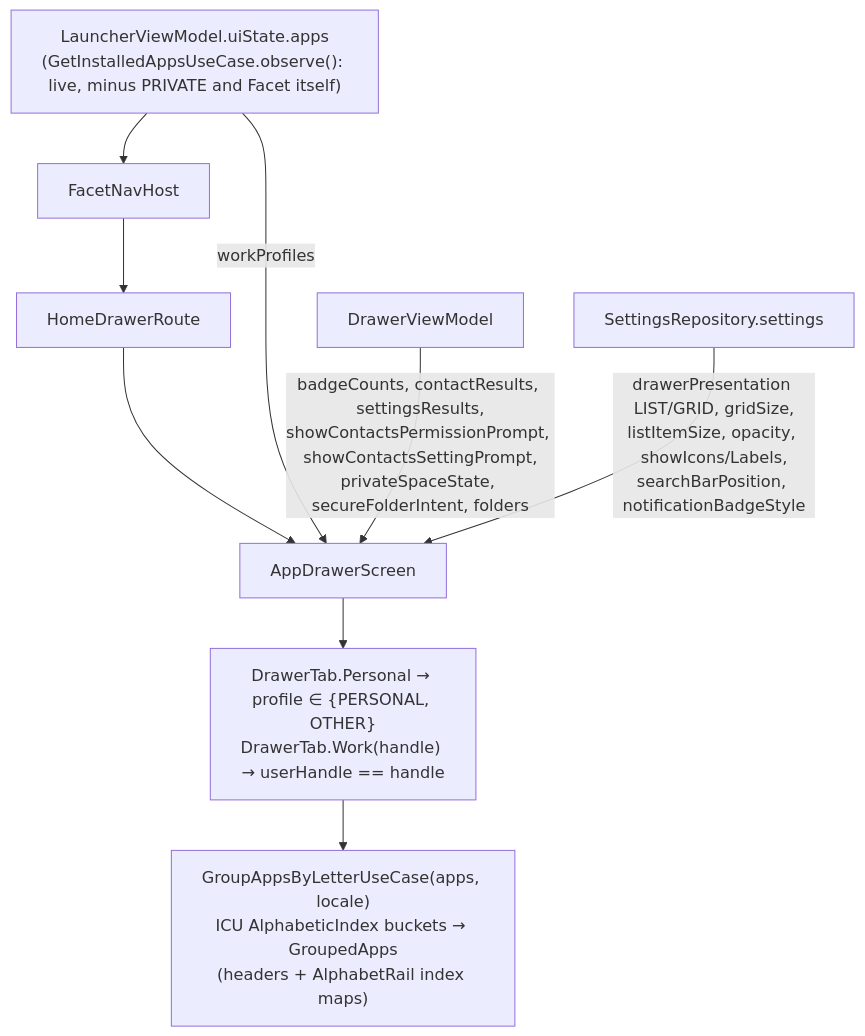
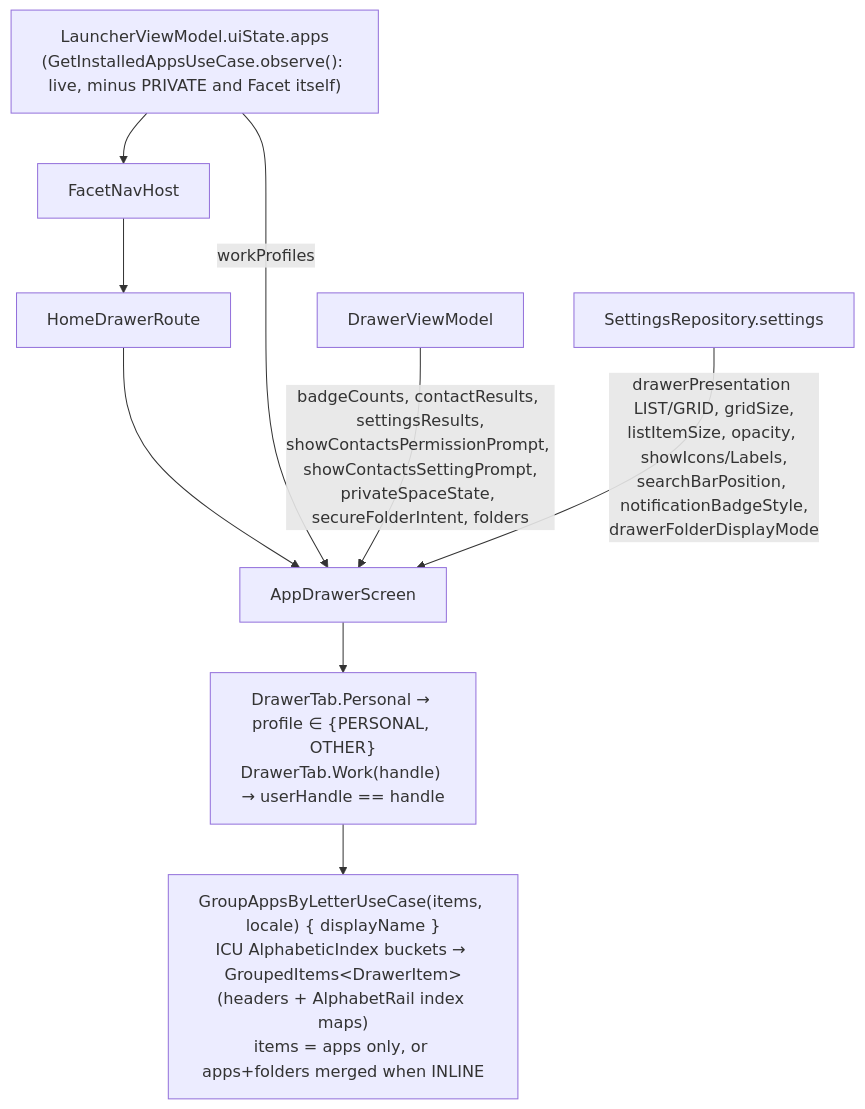
Before and after one commit to rohitganjam/facet-launcher: the first of 2 diagrams in docs/architecture/12-flow-drawer-search-and-app-actions.md, drawn with Mermaid. The commit also changed other lines of this file and 28 other files, not shown here.

````diff
--- a/docs/architecture/12-flow-drawer-search-and-app-actions.md
+++ b/docs/architecture/12-flow-drawer-search-and-app-actions.md
@@ -9,9 +9,9 @@
 ```mermaid
 flowchart TB
     LVM["LauncherViewModel.uiState.apps\n(GetInstalledAppsUseCase.observe(): live, minus PRIVATE and Facet itself)"] --> NAV[FacetNavHost] --> R[HomeDrawerRoute] --> S[AppDrawerScreen]
     LVM -- workProfiles --> S
     S --> TAB["DrawerTab.Personal → profile ∈ {PERSONAL, OTHER}\nDrawerTab.Work(handle) → userHandle == handle"]
-    TAB --> GRP["GroupAppsByLetterUseCase(apps, locale)\nICU AlphabeticIndex buckets → GroupedApps\n(headers + AlphabetRail index maps)"]
+    TAB --> GRP["GroupAppsByLetterUseCase(items, locale) { displayName }\nICU AlphabeticIndex buckets → GroupedItems&lt;DrawerItem&gt;\n(headers + AlphabetRail index maps)\nitems = apps only, or apps+folders merged when INLINE"]
     DVM[DrawerViewModel] -- "badgeCounts, contactResults, settingsResults,\nshowContactsPermissionPrompt, showContactsSettingPrompt,\nprivateSpaceState, secureFolderIntent, folders" --> S
-    SET["SettingsRepository.settings"] -- "drawerPresentation LIST/GRID, gridSize,\nlistItemSize, opacity, showIcons/Labels,\nsearchBarPosition, notificationBadgeStyle" --> S
+    SET["SettingsRepository.settings"] -- "drawerPresentation LIST/GRID, gridSize,\nlistItemSize, opacity, showIcons/Labels,\nsearchBarPosition, notificationBadgeStyle,\ndrawerFolderDisplayMode" --> S
 ```
````
